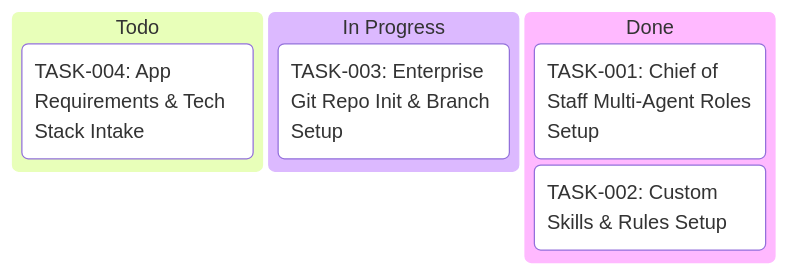
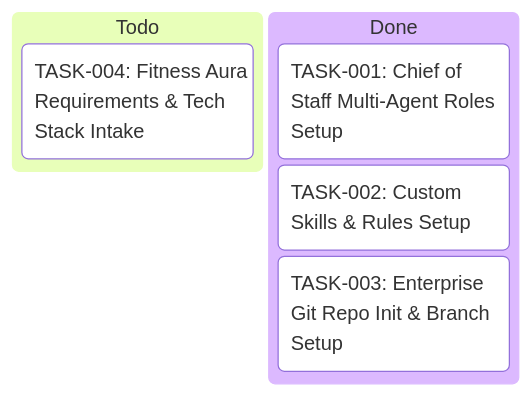
The diagram in docs/sprints/sprint_board.md (chunga168/aura-fitness-cos), drawn with Mermaid before and after one commit. The commit also changed 1 other file, not shown here.

Commit message:
docs(sprint): update backlog and kanban board for completed sprint 0 setup

````diff
--- a/docs/sprints/sprint_board.md
+++ b/docs/sprints/sprint_board.md
@@ -5,10 +5,9 @@
 ```mermaid
 kanban
   Todo
-    [TASK-004: App Requirements & Tech Stack Intake]
-  In Progress
-    [TASK-003: Enterprise Git Repo Init & Branch Setup]
+    [TASK-004: Fitness Aura Requirements & Tech Stack Intake]
   Done
     [TASK-001: Chief of Staff Multi-Agent Roles Setup]
     [TASK-002: Custom Skills & Rules Setup]
+    [TASK-003: Enterprise Git Repo Init & Branch Setup]
 ```
````
